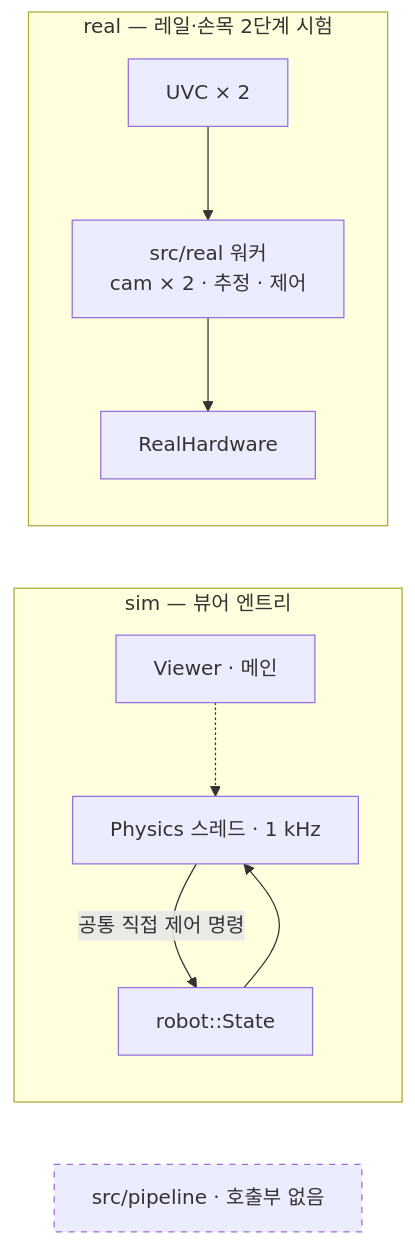
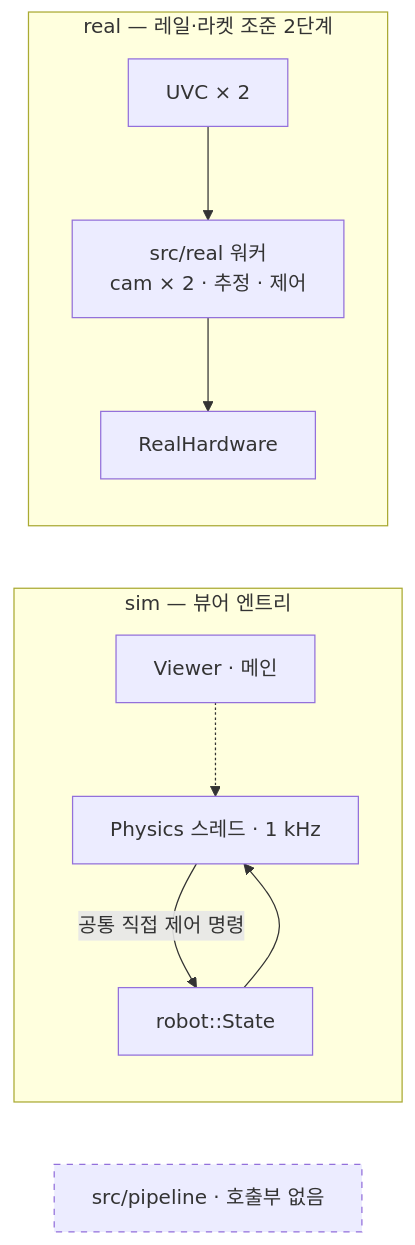
The third of 4 diagrams in README.md (luv-all/pingpong-bot), drawn with Mermaid before and after one commit. The commit also changed other lines of this file and 21 other files, not shown here.

````diff
--- a/README.md
+++ b/README.md
@@ -398,21 +401,21 @@
 ```mermaid
 flowchart LR
   subgraph simSide ["sim — 뷰어 엔트리"]
     viewer["Viewer · 메인"]
     physics["Physics 스레드 · 1 kHz"]
     simHw["robot::State"]
     viewer -.-> physics
     physics -->|"공통 직접 제어 명령"| simHw
     simHw --> physics
   end
 
-  subgraph realSide ["real — 레일·손목 2단계 시험"]
+  subgraph realSide ["real — 레일·라켓 조준 2단계"]
     realCamera["UVC × 2"]
     realWorkers["src/real 워커<br/>cam × 2 · 추정 · 제어"]
     realHw["RealHardware"]
     realCamera --> realWorkers --> realHw
   end
 
   dead["src/pipeline · 호출부 없음"]
   style dead stroke-dasharray: 5 5
 ```
````
